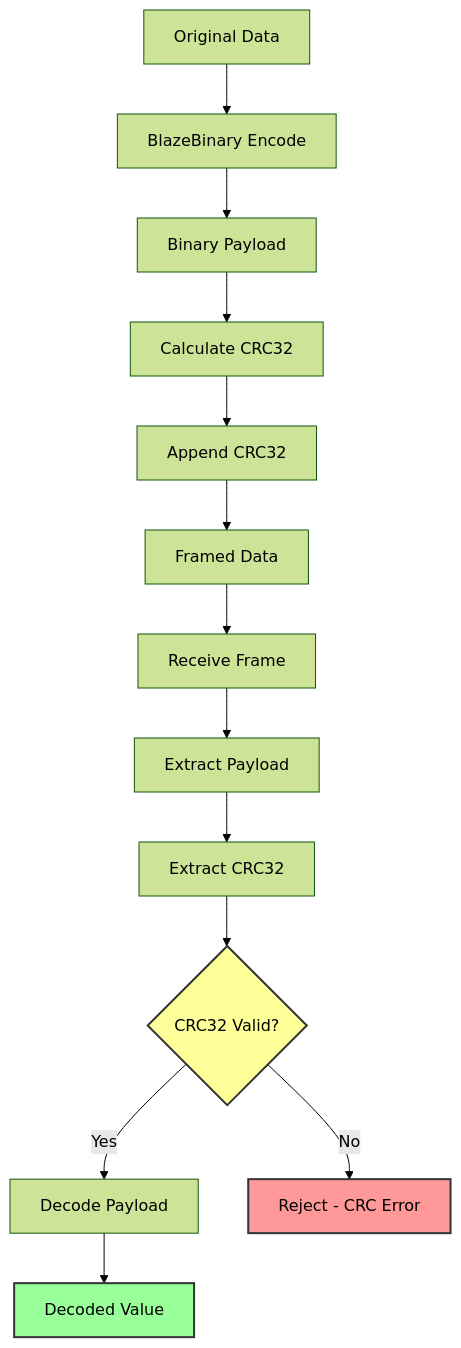
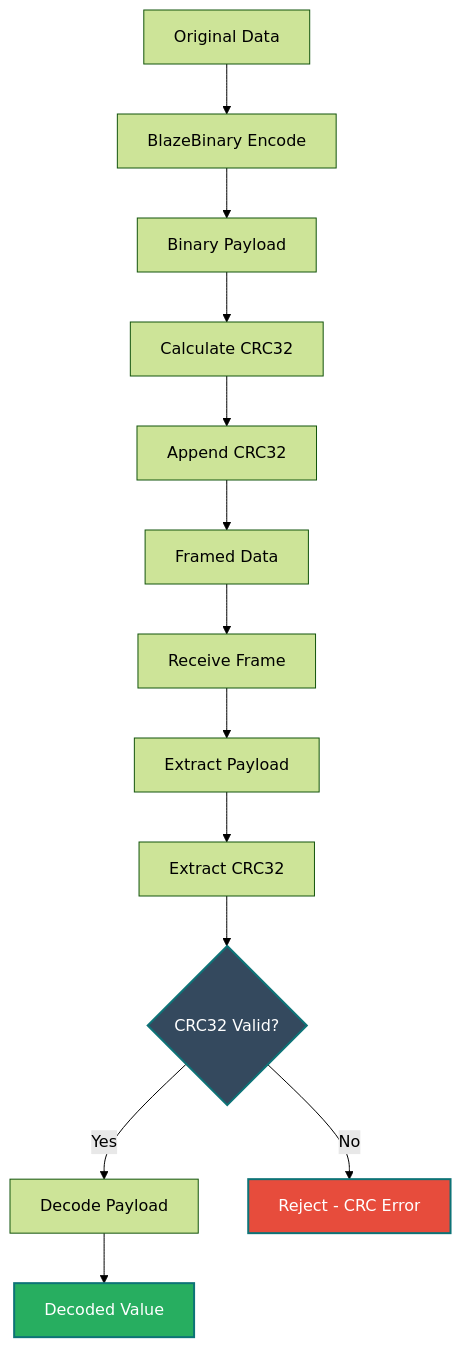
Before and after one commit to Mikedan37/BlazeBinary: the diagram in Docs/DIAGRAMS/crc_flow.mmd, drawn with Mermaid (forest theme). The commit also changed 11 other files, not shown here.

First line of the commit message:
Improve Mermaid diagrams and code display formatting

```diff
--- a/Docs/DIAGRAMS/crc_flow.mmd
+++ b/Docs/DIAGRAMS/crc_flow.mmd
@@ -1,18 +1,18 @@
 graph TD
     A[Original Data] --> B[BlazeBinary Encode]
     B --> C[Binary Payload]
     C --> D[Calculate CRC32]
     D --> E[Append CRC32]
     E --> F[Framed Data]
     
     F --> G[Receive Frame]
     G --> H[Extract Payload]
     H --> I[Extract CRC32]
     I --> J{CRC32 Valid?}
     J -->|Yes| K[Decode Payload]
     J -->|No| L[Reject - CRC Error]
     K --> M[Decoded Value]
     
-    style J fill:#ff9,stroke:#333,stroke-width:2px
-    style L fill:#f99,stroke:#333,stroke-width:2px
-    style M fill:#9f9,stroke:#333,stroke-width:2px
+    style J fill:#34495e,stroke:#0d7377,stroke-width:2px,color:#ffffff
+    style L fill:#e74c3c,stroke:#0d7377,stroke-width:2px,color:#ffffff
+    style M fill:#27ae60,stroke:#0d7377,stroke-width:2px,color:#ffffff
```
